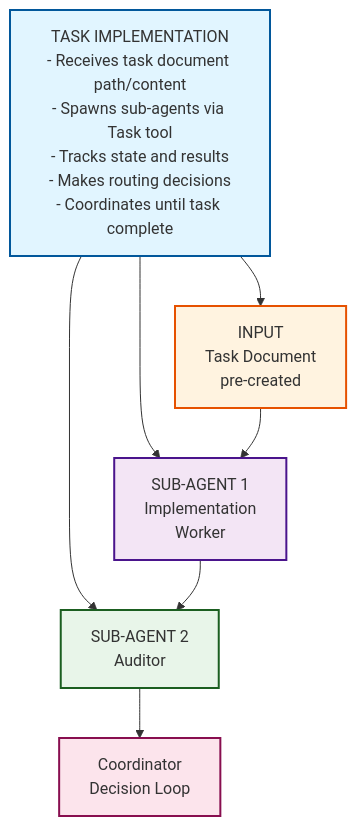
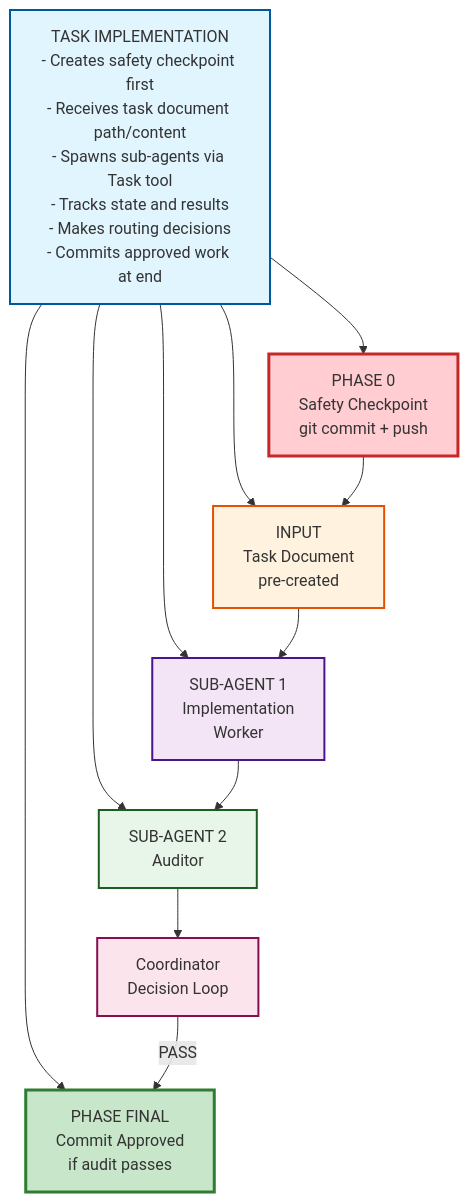
One commit to abcxyzx0099/datachat changed the first of 4 diagrams in .claude/skills/task-worker/SKILL.md. Above: the diagram before and after it, drawn with Mermaid. The commit also changed other lines of this file and 1 other file, not shown here.

First line of the commit message:
docs: update project structure and task-worker skill

````diff
--- a/.claude/skills/task-worker/SKILL.md
+++ b/.claude/skills/task-worker/SKILL.md
@@ -21,23 +23,31 @@
 ```mermaid
 flowchart TD
-    Coordinator["TASK IMPLEMENTATION<br/>- Receives task document path/content<br/>- Spawns sub-agents via Task tool<br/>- Tracks state and results<br/>- Makes routing decisions<br/>- Coordinates until task complete"]
+    Coordinator["TASK IMPLEMENTATION<br/>- Creates safety checkpoint first<br/>- Receives task document path/content<br/>- Spawns sub-agents via Task tool<br/>- Tracks state and results<br/>- Makes routing decisions<br/>- Commits approved work at end"]
 
+    Safety["PHASE 0<br/>Safety Checkpoint<br/>git commit + push"]
     Input["INPUT<br/>Task Document<br/>pre-created"]
     Impl["SUB-AGENT 1<br/>Implementation<br/>Worker"]
     Auditor["SUB-AGENT 2<br/>Auditor"]
     Decision["Coordinator<br/>Decision Loop"]
+    Final["PHASE FINAL<br/>Commit Approved<br/>if audit passes"]
 
+    Coordinator --> Safety
     Coordinator --> Input
     Coordinator --> Impl
     Coordinator --> Auditor
+    Coordinator --> Final
 
+    Safety --> Input
     Input --> Impl
     Impl --> Auditor
     Auditor --> Decision
+    Decision -->|PASS| Final
 
     style Coordinator fill:#e1f5ff,stroke:#01579b,stroke-width:2px
+    style Safety fill:#ffcdd2,stroke:#c62828,stroke-width:3px
+    style Final fill:#c8e6c9,stroke:#2e7d32,stroke-width:3px
     style Input fill:#fff3e0,stroke:#e65100,stroke-width:2px
     style Impl fill:#f3e5f5,stroke:#4a148c,stroke-width:2px
     style Auditor fill:#e8f5e9,stroke:#1b5e20,stroke-width:2px
     style Decision fill:#fce4ec,stroke:#880e4f,stroke-width:2px
 ```
````
